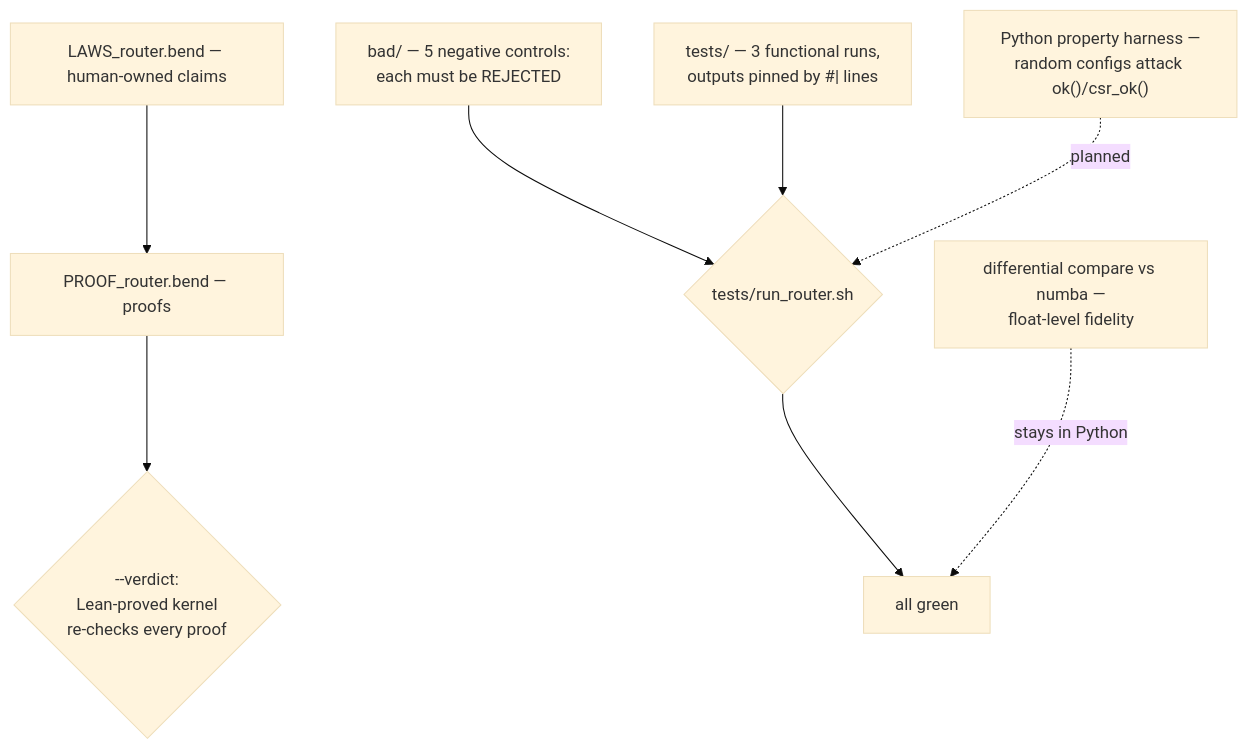
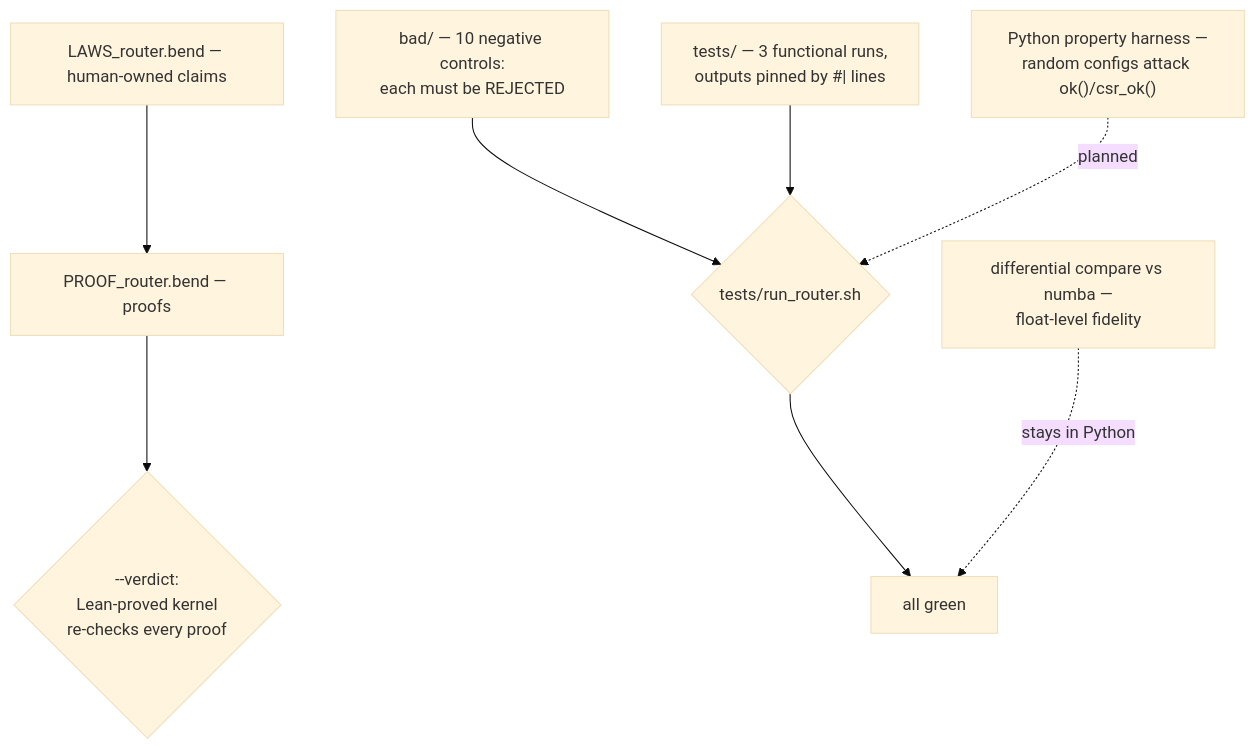
One commit to maedoc/tvb changed the seventh of 7 diagrams in tvb_library/tvb/simulator/backend/bend_hybrid/ROUTER_EXPLAINER.md. Above: the diagram before and after it, drawn with Mermaid (base theme). The commit also changed other lines of this file and 5 other files, not shown here.

````diff
--- a/tvb_library/tvb/simulator/backend/bend_hybrid/ROUTER_EXPLAINER.md
+++ b/tvb_library/tvb/simulator/backend/bend_hybrid/ROUTER_EXPLAINER.md
@@ -312,10 +318,10 @@
 ```mermaid
 flowchart TD
     LAWS["LAWS_router.bend — human-owned claims"] --> PROOF["PROOF_router.bend — proofs"]
     PROOF --> VDT{"--verdict:<br/>Lean-proved kernel<br/>re-checks every proof"}
-    BAD["bad/ — 5 negative controls:<br/>each must be REJECTED"] --> GATE
+    BAD["bad/ — 10 negative controls:<br/>each must be REJECTED"] --> GATE
     TESTS["tests/ — 3 functional runs,<br/>outputs pinned by #| lines"] --> GATE
     GATE{"tests/run_router.sh"} --> OK["all green"]
     PROP["Python property harness —<br/>random configs attack ok()/csr_ok()"] -. planned .-> GATE
     DIFF["differential compare vs numba —<br/>float-level fidelity"] -. stays in Python .-> OK
 ```
````
